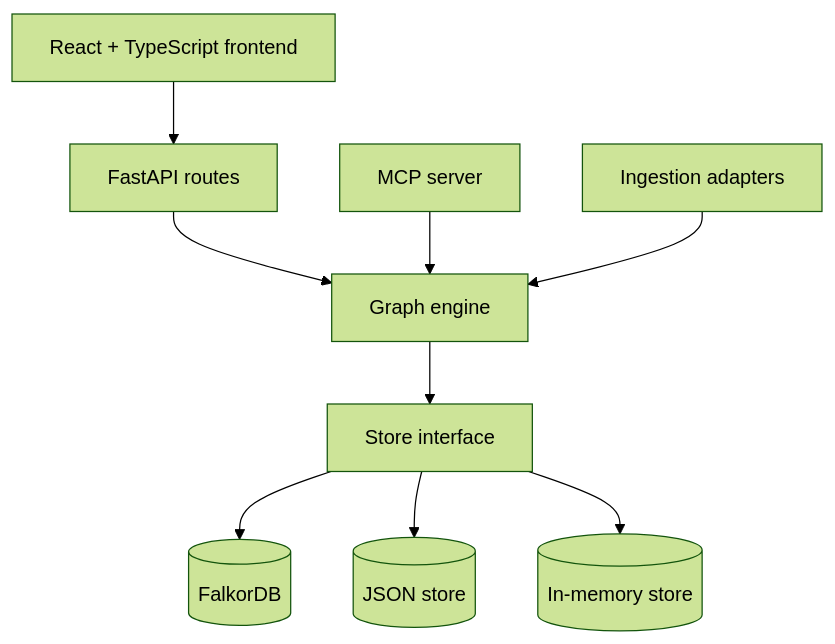
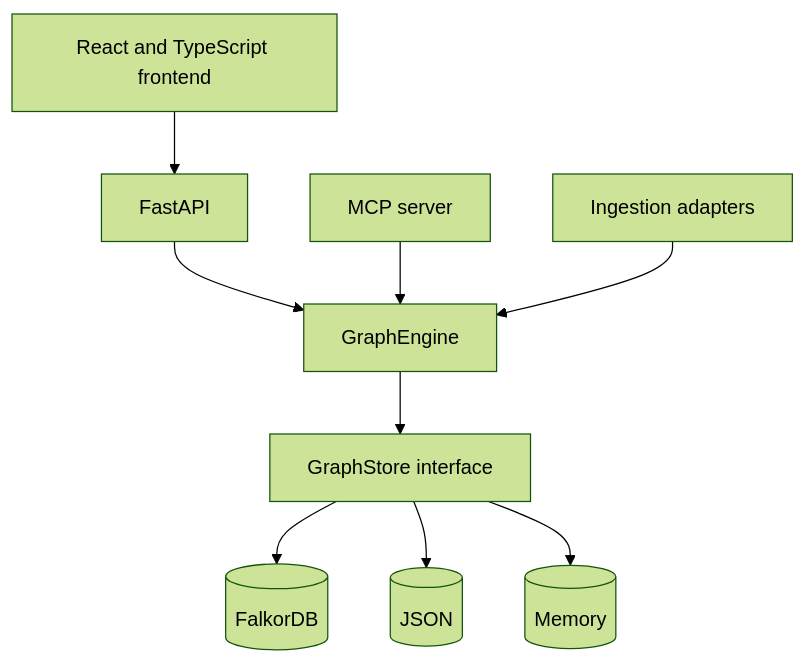
The fourth of 4 diagrams in README.md (jessykiruba29/TripWire), drawn with Mermaid (forest theme) before and after one commit. The commit also changed other lines of this file, not shown here.

````diff
--- a/README.md
+++ b/README.md
@@ -258,21 +322,21 @@
 ```mermaid
 flowchart TB
-    UI[React + TypeScript frontend]
-    API[FastAPI routes]
-    ENGINE[Graph engine]
-    STORE[Store interface]
-    FDB[(FalkorDB)]
-    JSON[(JSON store)]
-    MEM[(In-memory store)]
-    INGEST[Ingestion adapters]
-    MCP[MCP server]
+  Web[React and TypeScript frontend]
+  Http[FastAPI]
+  Mcp[MCP server]
+  Engine[GraphEngine]
+  Ingest[Ingestion adapters]
+  Store[GraphStore interface]
+  Falkor[(FalkorDB)]
+  Json[(JSON)]
+  Memory[(Memory)]
 
-    UI --> API
-    API --> ENGINE
-    MCP --> ENGINE
-    INGEST --> ENGINE
-    ENGINE --> STORE
-    STORE --> FDB
-    STORE --> JSON
-    STORE --> MEM
+  Web --> Http
+  Http --> Engine
+  Mcp --> Engine
+  Ingest --> Engine
+  Engine --> Store
+  Store --> Falkor
+  Store --> Json
+  Store --> Memory
 ```
````
